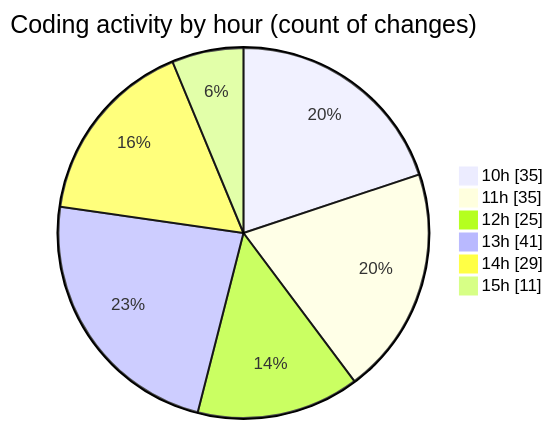
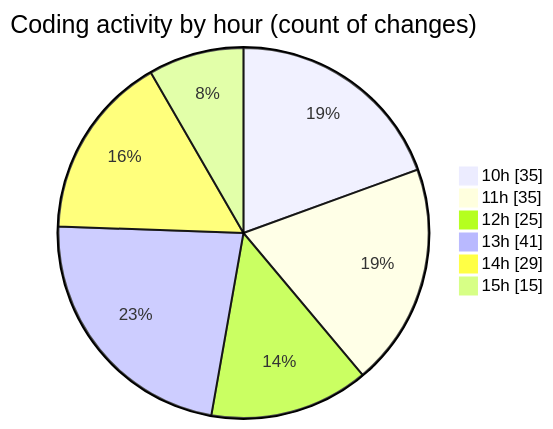
Before and after one commit to momahboobian/code-tracking: the second of 2 diagrams in 2025-03-26/cda/README.md, drawn with Mermaid. The commit also changed other lines of this file and 1 other file, not shown here.

````diff
--- a/2025-03-26/cda/README.md
+++ b/2025-03-26/cda/README.md
@@ -54,10 +54,10 @@
 ```mermaid
 pie showData
 title Coding activity by hour (count of changes)
 "10h" : 35
 "11h" : 35
 "12h" : 25
 "13h" : 41
 "14h" : 29
-"15h" : 11
+"15h" : 15
 ```
````
